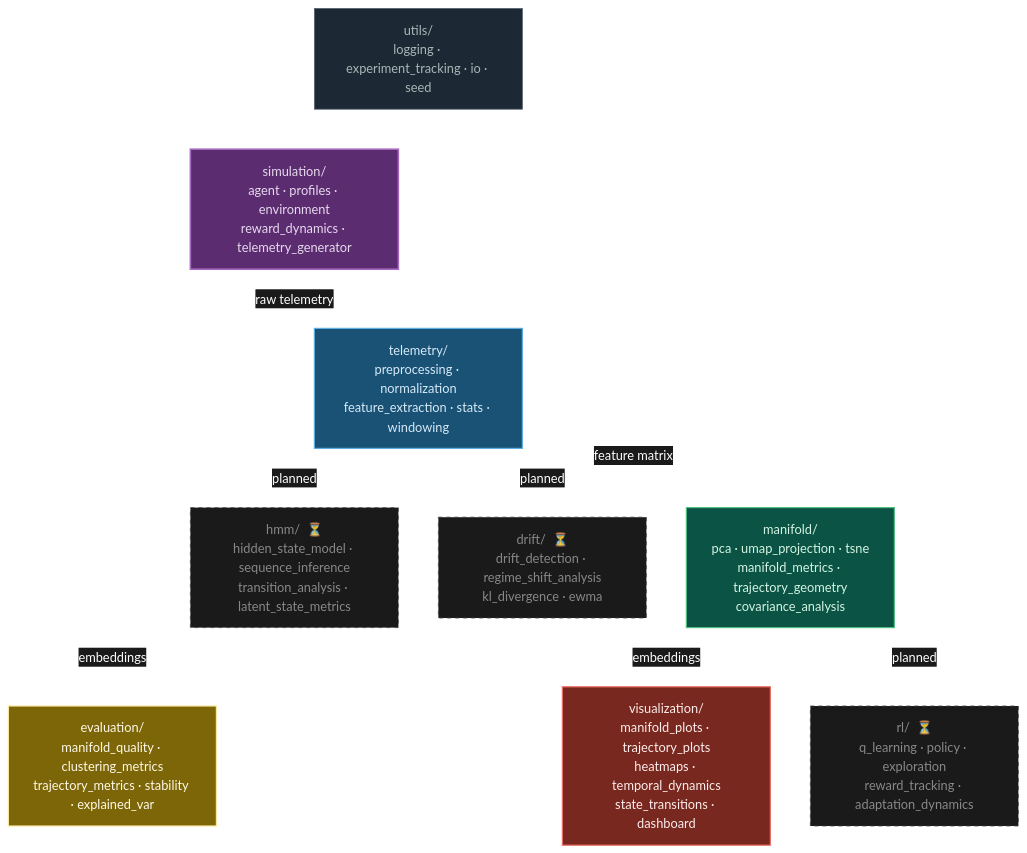
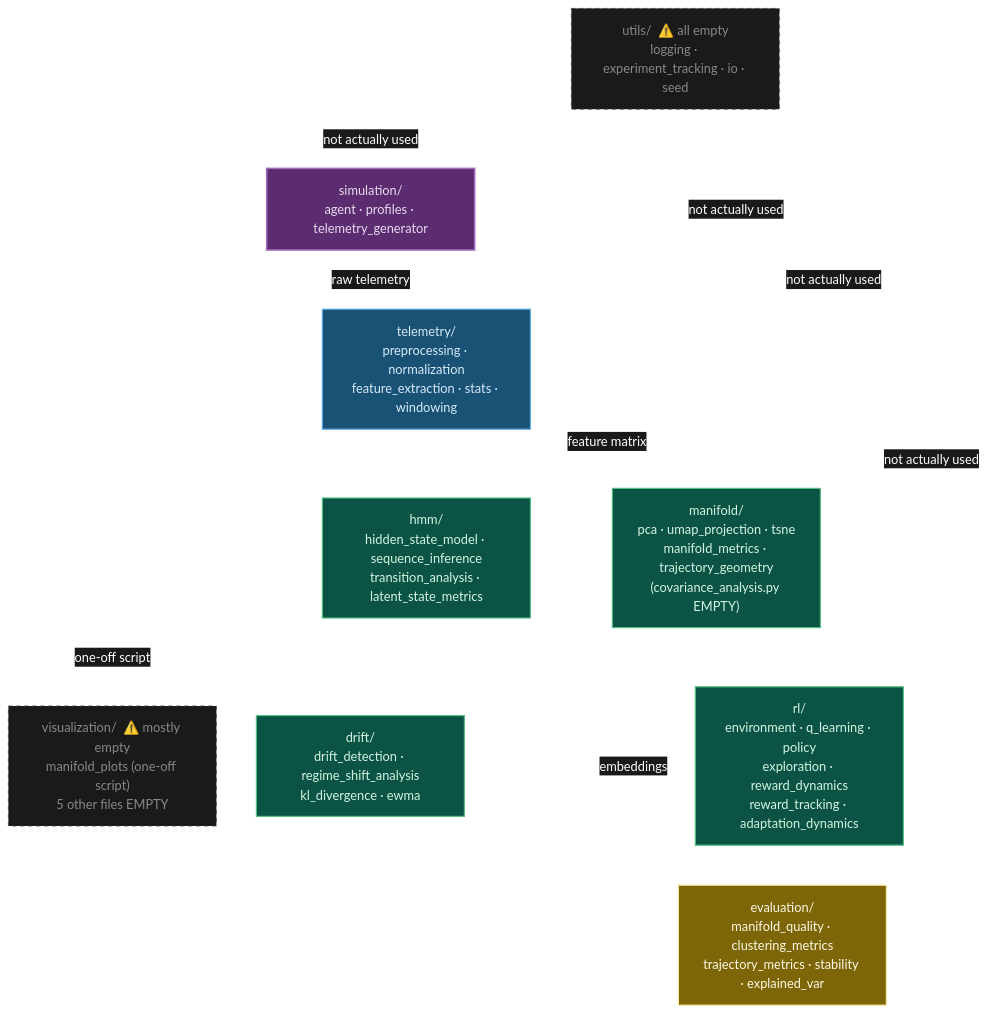
One commit to PardhuSreeRushiVarma20060119/lbsm-research changed the third of 6 diagrams in docs/references/ARCHITECTURE_DIAGRAM-mermaid.md. Above: the diagram before and after it, drawn with Mermaid. The commit also changed other lines of this file and 27 other files, not shown here.

````diff
--- a/docs/references/ARCHITECTURE_DIAGRAM-mermaid.md
+++ b/docs/references/ARCHITECTURE_DIAGRAM-mermaid.md
@@ -94,30 +99,32 @@
 ```mermaid
 %%{init: {"theme": "base", "themeVariables": {"primaryColor": "#1e1e2e", "primaryTextColor": "#ffffff", "primaryBorderColor": "#555", "lineColor": "#ffffff", "secondaryColor": "#2a2a2a", "tertiaryColor": "#2a2a2a", "background": "#0d0d0d", "mainBkg": "#2a2a2a", "nodeBorder": "#555", "clusterBkg": "#2a2a2a", "clusterBorder": "#555555", "titleColor": "#ffffff", "edgeLabelBackground": "#1a1a1a", "fontFamily": "monospace"}}}%%
 graph TD
     classDef foundation fill:#5b2c6f,stroke:#a569bd,color:#e8daef,stroke-width:2px
     classDef pipeline   fill:#1a5276,stroke:#5dade2,color:#d6eaf8,stroke-width:1.5px
     classDef analysis   fill:#0b5345,stroke:#52be80,color:#d5f5e3,stroke-width:1.5px
     classDef validation fill:#7d6608,stroke:#f9e79f,color:#fef9e7,stroke-width:1.5px
     classDef present    fill:#78281f,stroke:#ec7063,color:#fdedec,stroke-width:1.5px
-    classDef planned    fill:#1a1a1a,stroke:#444,color:#888,stroke-width:1px,stroke-dasharray:5 5
+    classDef empty      fill:#1a1a1a,stroke:#444,color:#888,stroke-width:1px,stroke-dasharray:5 5
     classDef infra      fill:#1c2833,stroke:#566573,color:#aab7b8,stroke-width:1px
 
-    SIM["simulation/\nagent · profiles · environment\nreward_dynamics · telemetry_generator"]:::foundation
+    SIM["simulation/\nagent · profiles · telemetry_generator"]:::foundation
     TEL["telemetry/\npreprocessing · normalization\nfeature_extraction · stats · windowing"]:::pipeline
-    MAN["manifold/\npca · umap_projection · tsne\nmanifold_metrics · trajectory_geometry\ncovariance_analysis"]:::analysis
+    MAN["manifold/\npca · umap_projection · tsne\nmanifold_metrics · trajectory_geometry\n(covariance_analysis.py EMPTY)"]:::analysis
     EVA["evaluation/\nmanifold_quality · clustering_metrics\ntrajectory_metrics · stability · explained_var"]:::validation
-    VIZ["visualization/\nmanifold_plots · trajectory_plots\nheatmaps · temporal_dynamics\nstate_transitions · dashboard"]:::present
-    HMM["hmm/  ⏳\nhidden_state_model · sequence_inference\ntransition_analysis · latent_state_metrics"]:::planned
-    DRI["drift/  ⏳\ndrift_detection · regime_shift_analysis\nkl_divergence · ewma"]:::planned
-    RLM["rl/  ⏳\nq_learning · policy · exploration\nreward_tracking · adaptation_dynamics"]:::planned
-    UTL["utils/\nlogging · experiment_tracking · io · seed"]:::infra
+    VIZ["visualization/  ⚠️ mostly empty\nmanifold_plots (one-off script)\n5 other files EMPTY"]:::empty
+    HMM["hmm/\nhidden_state_model · sequence_inference\ntransition_analysis · latent_state_metrics"]:::analysis
+    DRI["drift/\ndrift_detection · regime_shift_analysis\nkl_divergence · ewma"]:::analysis
+    RLM["rl/\nenvironment · q_learning · policy\nexploration · reward_dynamics\nreward_tracking · adaptation_dynamics"]:::analysis
+    UTL["utils/  ⚠️ all empty\nlogging · experiment_tracking · io · seed"]:::empty
 
     SIM -->|"raw telemetry"| TEL
     TEL -->|"feature matrix"| MAN
     MAN -->|"embeddings"| EVA
-    MAN -->|"embeddings"| VIZ
-    TEL -.->|"planned"| HMM
-    TEL -.->|"planned"| DRI
-    MAN -.->|"planned"| RLM
-    UTL --> SIM & TEL & MAN & EVA
+    MAN -.->|"one-off script"| VIZ
+    TEL --> HMM
+    TEL --> DRI
+    MAN --> RLM
+    HMM --> DRI
+    RLM --> EVA
+    UTL -.->|"not actually used"| SIM & TEL & MAN & EVA
 ```
````
